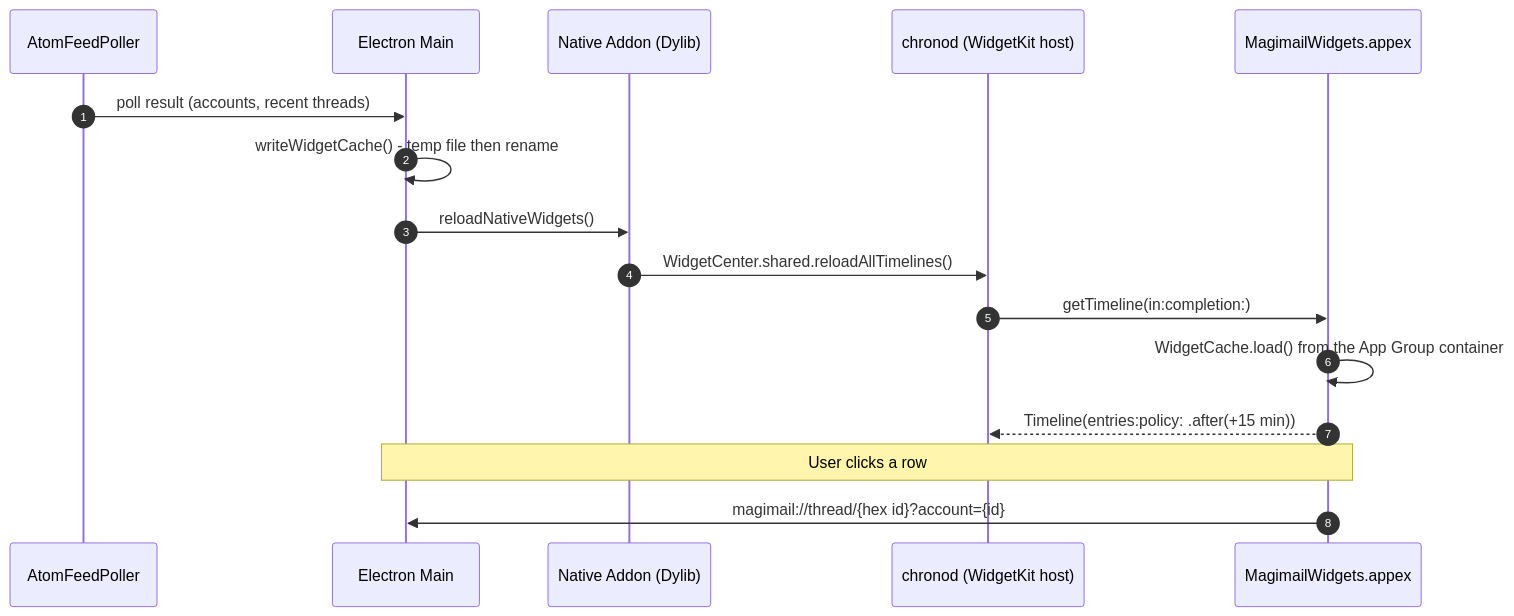
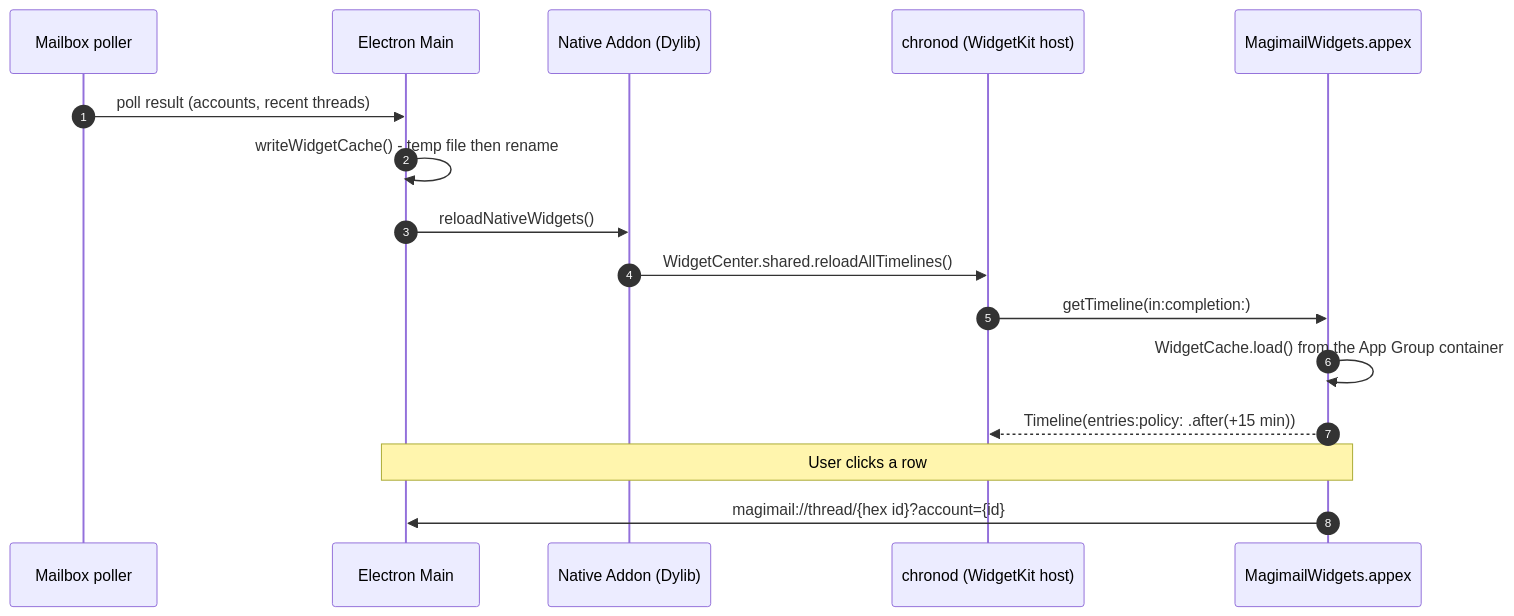
The third of 4 diagrams in docs/magimail/process-model-and-ipc.md (alxhslm/magic-apps), drawn with Mermaid before and after one commit. The commit also changed other lines of this file and 26 other files, not shown here.

Commit message:
fix(magimail): reconcile Atom feed and local cache via UnreadLedger (#32)

````diff
--- a/docs/magimail/process-model-and-ipc.md
+++ b/docs/magimail/process-model-and-ipc.md
@@ -136,19 +136,19 @@
 ```mermaid
 sequenceDiagram
     autonumber
-    participant Poller as AtomFeedPoller
+    participant Poller as Mailbox poller
     participant Main as Electron Main
     participant Addon as Native Addon (Dylib)
     participant Chrono as chronod (WidgetKit host)
     participant Ext as MagimailWidgets.appex
 
     Poller->>Main: poll result (accounts, recent threads)
     Main->>Main: writeWidgetCache() - temp file then rename
     Main->>Addon: reloadNativeWidgets()
     Addon->>Chrono: WidgetCenter.shared.reloadAllTimelines()
     Chrono->>Ext: getTimeline(in:completion:)
     Ext->>Ext: WidgetCache.load() from the App Group container
     Ext-->>Chrono: Timeline(entries:policy: .after(+15 min))
     Note over Ext,Main: User clicks a row
     Ext->>Main: magimail://thread/{hex id}?account={id}
 ```
````
